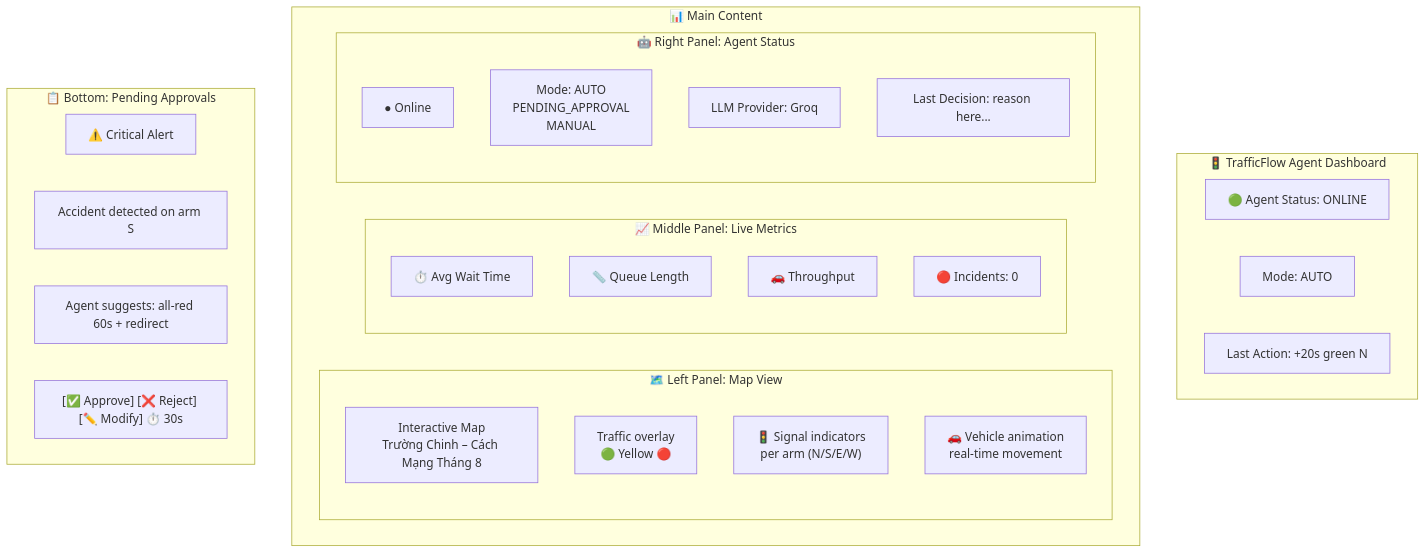
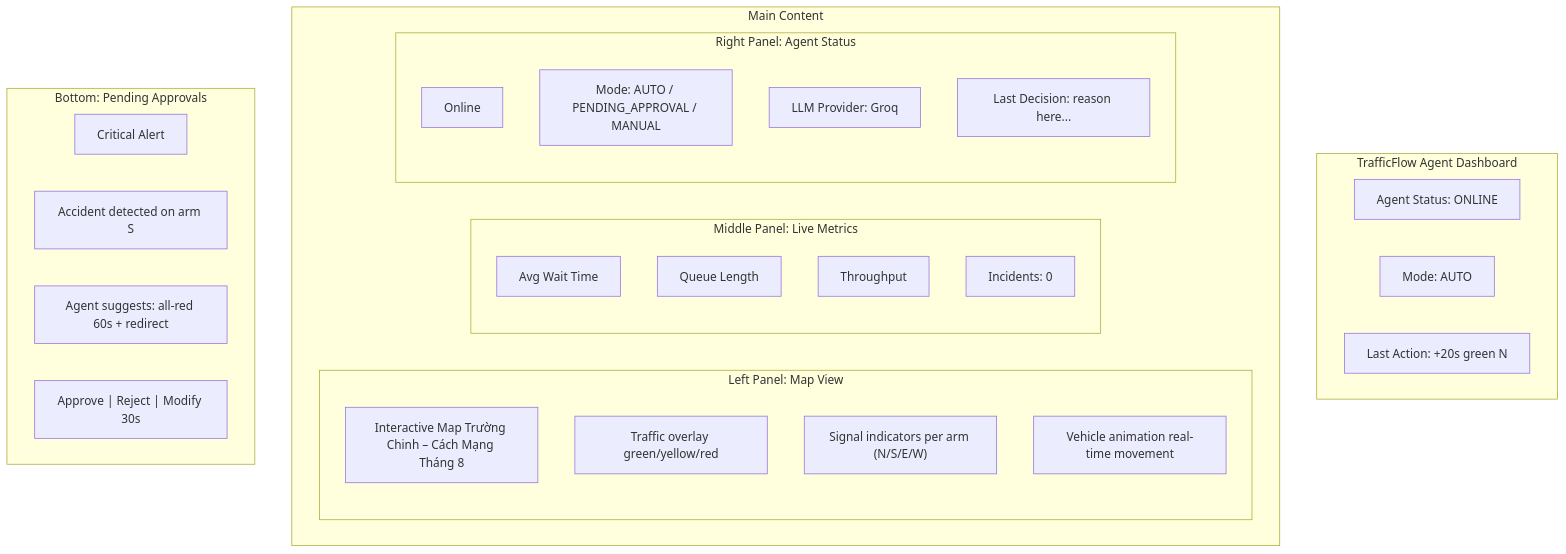
The sixth of 9 diagrams in docs/architecture.md (tanh1c/agent-traffic), drawn with Mermaid before and after one commit. The commit also changed other lines of this file, not shown here.

Commit message:
docs: use default mermaid colors and English only

````diff
--- a/docs/architecture.md
+++ b/docs/architecture.md
@@ -219,38 +208,38 @@
 ```mermaid
 flowchart TB
-    subgraph HEADER["🚦 TrafficFlow Agent Dashboard"]
-        H1["🟢 Agent Status: ONLINE"]
+    subgraph HEADER["TrafficFlow Agent Dashboard"]
+        H1["Agent Status: ONLINE"]
         H2["Mode: AUTO"]
         H3["Last Action: +20s green N"]
     end
 
-    subgraph BODY["📊 Main Content"]
-        subgraph LEFT["🗺️ Left Panel: Map View"]
-            M1["Interactive Map<br/>Trường Chinh – Cách Mạng Tháng 8"]
-            M2["Traffic overlay<br/>🟢 Yellow 🔴"]
-            M3["🚦 Signal indicators<br/>per arm (N/S/E/W)"]
-            M4["🚗 Vehicle animation<br/>real-time movement"]
+    subgraph BODY["Main Content"]
+        subgraph LEFT["Left Panel: Map View"]
+            M1["Interactive Map Trường Chinh – Cách Mạng Tháng 8"]
+            M2["Traffic overlay green/yellow/red"]
+            M3["Signal indicators per arm (N/S/E/W)"]
+            M4["Vehicle animation real-time movement"]
         end
 
-        subgraph MIDDLE["📈 Middle Panel: Live Metrics"]
-            MET1["⏱️ Avg Wait Time"]
-            MET2["📏 Queue Length"]
-            MET3["🚗 Throughput"]
-            MET4["🔴 Incidents: 0"]
+        subgraph MIDDLE["Middle Panel: Live Metrics"]
+            MET1["Avg Wait Time"]
+            MET2["Queue Length"]
+            MET3["Throughput"]
+            MET4["Incidents: 0"]
         end
 
-        subgraph RIGHT["🤖 Right Panel: Agent Status"]
-            A1["● Online"]
-            A2["Mode: AUTO<br/>PENDING_APPROVAL<br/>MANUAL"]
+        subgraph RIGHT["Right Panel: Agent Status"]
+            A1["Online"]
+            A2["Mode: AUTO / PENDING_APPROVAL / MANUAL"]
             A3["LLM Provider: Groq"]
             A4["Last Decision: reason here..."]
         end
     end
 
-    subgraph FOOTER["📋 Bottom: Pending Approvals"]
-        P1["⚠️ Critical Alert"]
+    subgraph FOOTER["Bottom: Pending Approvals"]
+        P1["Critical Alert"]
         P2["Accident detected on arm S"]
         P3["Agent suggests: all-red 60s + redirect"]
-        P4["[✅ Approve] [❌ Reject] [✏️ Modify] ⏱️ 30s"]
+        P4["Approve | Reject | Modify 30s"]
     end
 ```
````
